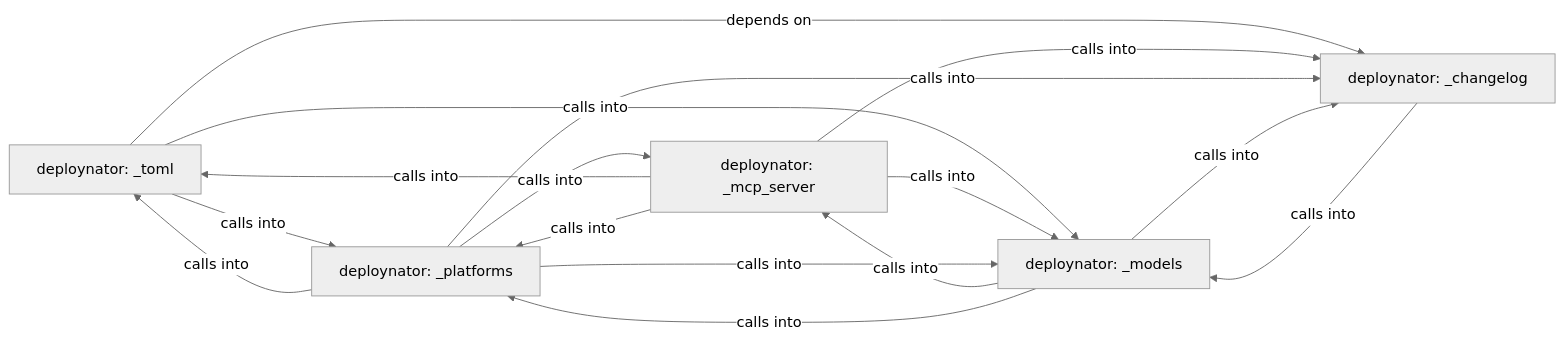
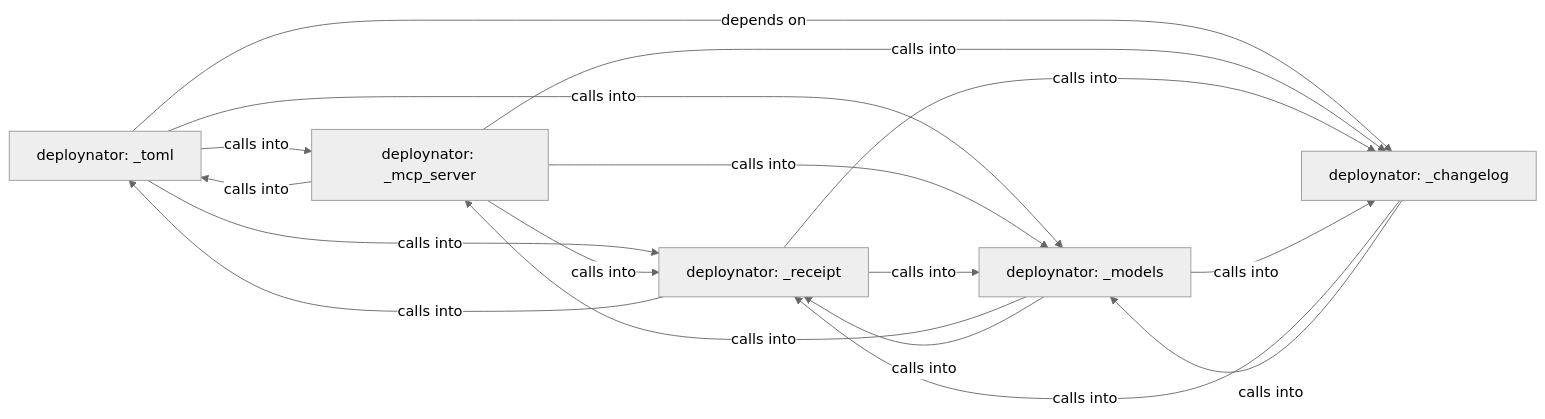
The diagram in readmenator-maps/md/readmenator-diagrams/overview.md (grisuno/deploynator), drawn with Mermaid (neutral theme) before and after one commit. The commit also changed other lines of this file and 137 other files, not shown here.

````diff
--- a/readmenator-maps/md/readmenator-diagrams/overview.md
+++ b/readmenator-maps/md/readmenator-diagrams/overview.md
@@ -1,28 +1,29 @@
 ```mermaid
 graph LR
     deploynator__toml["deploynator: _toml"]
     deploynator__mcp_server["deploynator: _mcp_server"]
-    deploynator__platforms["deploynator: _platforms"]
+    deploynator__receipt["deploynator: _receipt"]
     deploynator__models["deploynator: _models"]
     deploynator__changelog["deploynator: _changelog"]
-    deploynator__toml -- "calls into" --> deploynator__platforms
+    deploynator__toml -- "calls into" --> deploynator__mcp_server
+    deploynator__toml -- "calls into" --> deploynator__receipt
     deploynator__toml -- "calls into" --> deploynator__models
     deploynator__toml -- "depends on" --> deploynator__changelog
     deploynator__mcp_server -- "calls into" --> deploynator__toml
-    deploynator__mcp_server -- "calls into" --> deploynator__platforms
+    deploynator__mcp_server -- "calls into" --> deploynator__receipt
     deploynator__mcp_server -- "calls into" --> deploynator__models
     deploynator__mcp_server -- "calls into" --> deploynator__changelog
-    deploynator__platforms -- "calls into" --> deploynator__toml
-    deploynator__platforms -- "calls into" --> deploynator__mcp_server
-    deploynator__platforms -- "calls into" --> deploynator__models
-    deploynator__platforms -- "calls into" --> deploynator__changelog
+    deploynator__receipt -- "calls into" --> deploynator__toml
+    deploynator__receipt -- "calls into" --> deploynator__models
+    deploynator__receipt -- "calls into" --> deploynator__changelog
     deploynator__models -- "calls into" --> deploynator__mcp_server
-    deploynator__models -- "calls into" --> deploynator__platforms
+    deploynator__models -- "calls into" --> deploynator__receipt
     deploynator__models -- "calls into" --> deploynator__changelog
+    deploynator__changelog -- "calls into" --> deploynator__receipt
     deploynator__changelog -- "calls into" --> deploynator__models
     click deploynator__toml href "./deploynator__toml.md" "Details"
     click deploynator__mcp_server href "./deploynator__mcp_server.md" "Details"
-    click deploynator__platforms href "./deploynator__platforms.md" "Details"
+    click deploynator__receipt href "./deploynator__receipt.md" "Details"
     click deploynator__models href "./deploynator__models.md" "Details"
     click deploynator__changelog href "./deploynator__changelog.md" "Details"
 ```
````
